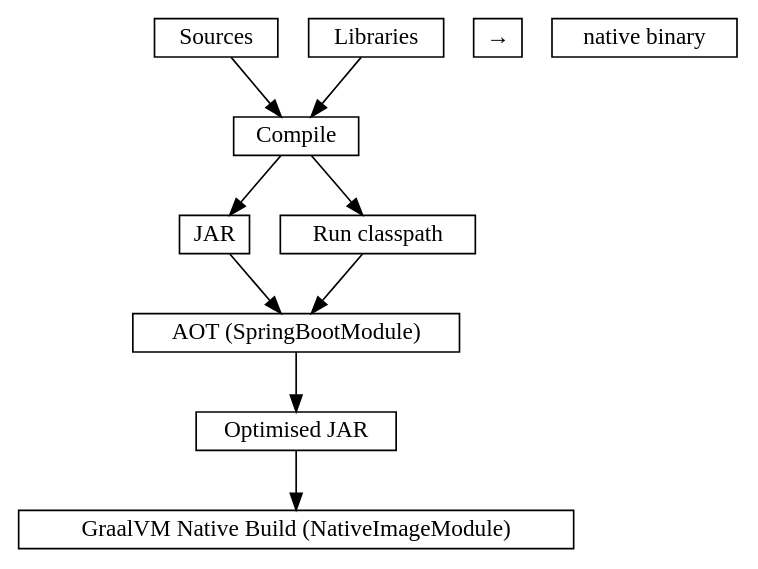
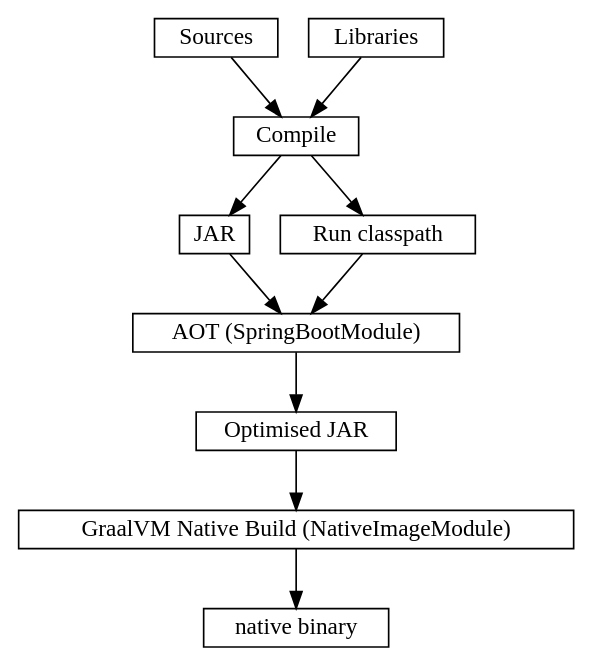
Before and after one commit to com-lihaoyi/mill: the first of 3 diagrams in website/blog/modules/ROOT/pages/21-quarkus-spring-micronaut-with-mill.adoc, drawn with Graphviz. The commit also changed other lines of this file and 2 other files, not shown here.

```diff
--- a/website/blog/modules/ROOT/pages/21-quarkus-spring-micronaut-with-mill.adoc
+++ b/website/blog/modules/ROOT/pages/21-quarkus-spring-micronaut-with-mill.adoc
@@ -170,17 +189,17 @@
 [graphviz]
 ....
 digraph SpringBoot {
   rankdir=TB
   node [shape=box width=0 height=0]
 
   "Sources" -> "Compile"
   "Libraries" -> "Compile"
   "Compile" -> "JAR"
   "Compile" -> "Run classpath"
   "JAR" -> "AOT (SpringBootModule)"
   "Run classpath" -> "AOT (SpringBootModule)"
   "AOT (SpringBootModule)" -> "Optimised JAR"
   "Optimised JAR" -> "GraalVM Native Build (NativeImageModule)"
-  "GraalVM Native Build (NativeImageModule)" → "native binary"
+  "GraalVM Native Build (NativeImageModule)" -> "native binary"
 }
 ....
```
